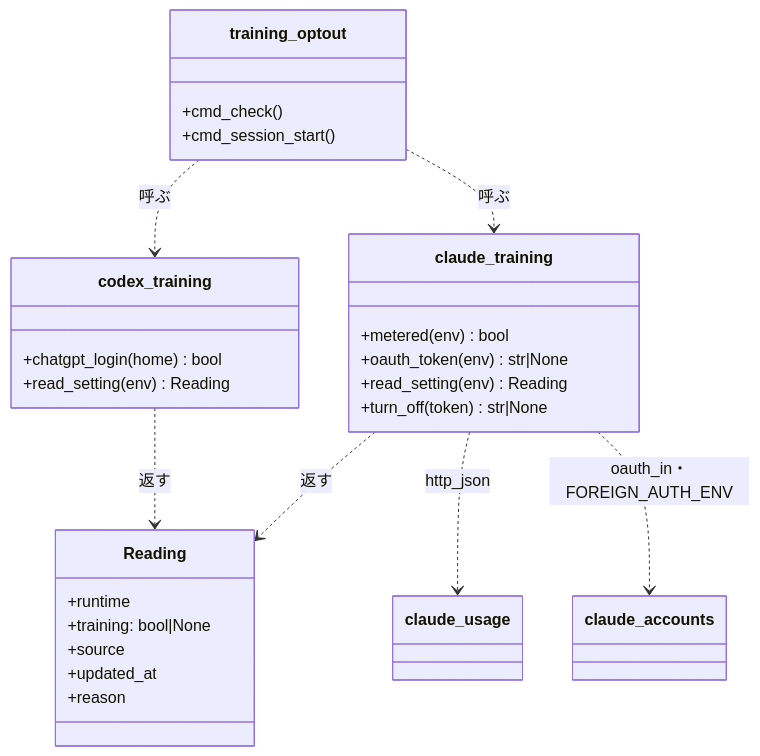
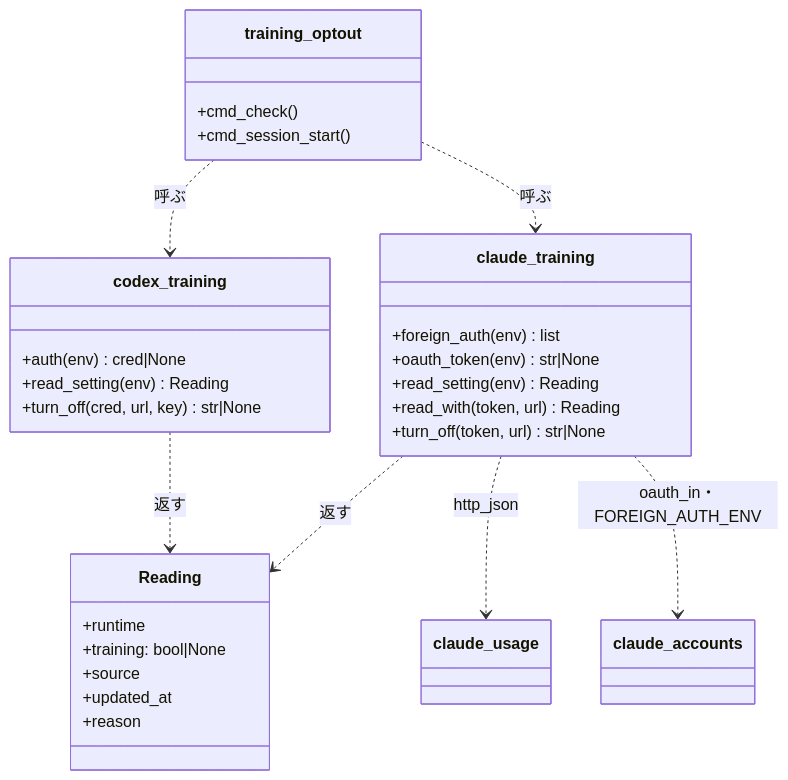
The third of 4 diagrams in issues/issue-1597-design.md (devbasex/ai-plugins), drawn with Mermaid before and after one commit. The commit also changed other lines of this file and 1 other file, not shown here.

````diff
--- a/issues/issue-1597-design.md
+++ b/issues/issue-1597-design.md
@@ -202,30 +202,32 @@
 ```mermaid
 classDiagram
     class Reading {
         +runtime
         +training: bool|None
         +source
         +updated_at
         +reason
     }
     class claude_training {
-        +metered(env) bool
+        +foreign_auth(env) list
         +oauth_token(env) str|None
         +read_setting(env) Reading
-        +turn_off(token) str|None
+        +read_with(token, url) Reading
+        +turn_off(token, url) str|None
     }
     class training_optout {
         +cmd_check()
         +cmd_session_start()
     }
     class codex_training {
-        +chatgpt_login(home) bool
+        +auth(env) cred|None
         +read_setting(env) Reading
+        +turn_off(cred, url, key) str|None
     }
     training_optout ..> claude_training: 呼ぶ
     training_optout ..> codex_training: 呼ぶ
     codex_training ..> Reading: 返す
     claude_training ..> Reading: 返す
     claude_training ..> claude_usage: http_json
     claude_training ..> claude_accounts: oauth_in・FOREIGN_AUTH_ENV
 ```
````
